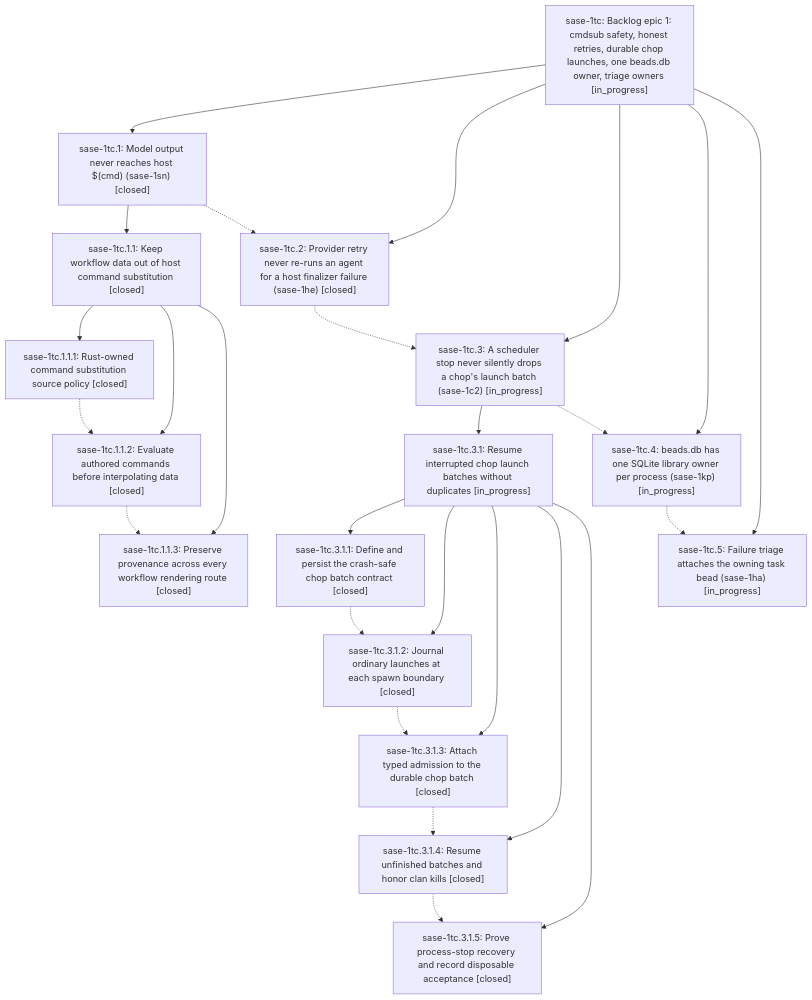
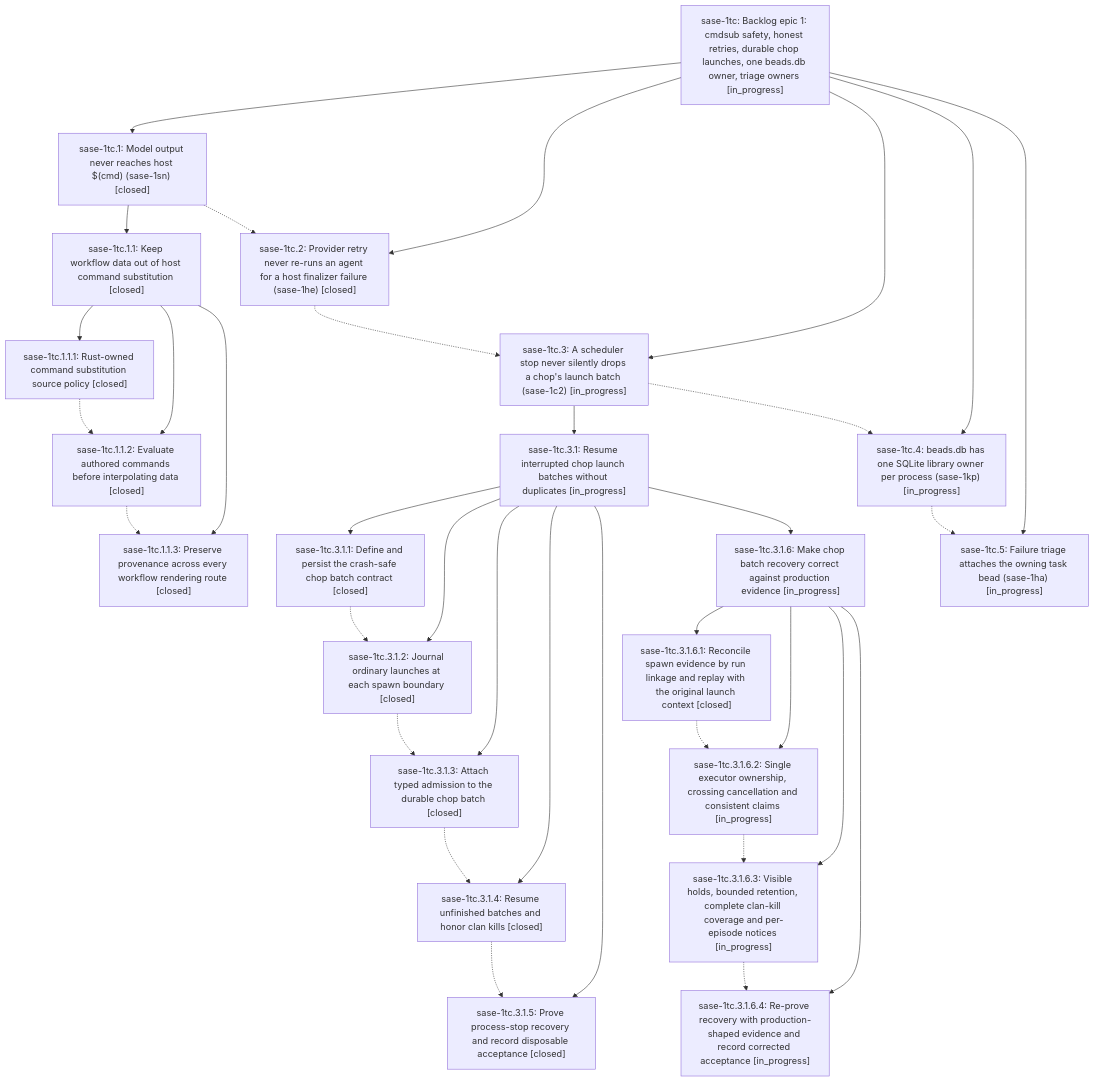
One commit to sase-org/sase--beads changed the diagram in pages/sase-1tc/README.md. Above: the diagram before and after it, drawn with Mermaid. The commit also changed other lines of this file and 8 other files, not shown here.

First line of the commit message:
chore(beads): sync bead state and pages for sase-1tc

````diff
--- a/pages/sase-1tc/README.md
+++ b/pages/sase-1tc/README.md
@@ -44,44 +44,57 @@
 ```mermaid
 flowchart TD
     n0["sase-1tc: Backlog epic 1: cmdsub safety, honest retries, durable chop launches, one beads.db owner, triage owners [in_progress]"]
     n1["sase-1tc.1: Model output never reaches host $(cmd) (sase-1sn) [closed]"]
     n2["sase-1tc.1.1: Keep workflow data out of host command substitution [closed]"]
     n3["sase-1tc.1.1.1: Rust-owned command substitution source policy [closed]"]
     n4["sase-1tc.1.1.2: Evaluate authored commands before interpolating data [closed]"]
     n5["sase-1tc.1.1.3: Preserve provenance across every workflow rendering route [closed]"]
     n6["sase-1tc.2: Provider retry never re-runs an agent for a host finalizer failure (sase-1he) [closed]"]
     n7["sase-1tc.3: A scheduler stop never silently drops a chop's launch batch (sase-1c2) [in_progress]"]
     n8["sase-1tc.3.1: Resume interrupted chop launch batches without duplicates [in_progress]"]
     n9["sase-1tc.3.1.1: Define and persist the crash-safe chop batch contract [closed]"]
     n10["sase-1tc.3.1.2: Journal ordinary launches at each spawn boundary [closed]"]
     n11["sase-1tc.3.1.3: Attach typed admission to the durable chop batch [closed]"]
     n12["sase-1tc.3.1.4: Resume unfinished batches and honor clan kills [closed]"]
     n13["sase-1tc.3.1.5: Prove process-stop recovery and record disposable acceptance [closed]"]
-    n14["sase-1tc.4: beads.db has one SQLite library owner per process (sase-1kp) [in_progress]"]
-    n15["sase-1tc.5: Failure triage attaches the owning task bead (sase-1ha) [in_progress]"]
+    n14["sase-1tc.3.1.6: Make chop batch recovery correct against production evidence [in_progress]"]
+    n15["sase-1tc.3.1.6.1: Reconcile spawn evidence by run linkage and replay with the original launch context [closed]"]
+    n16["sase-1tc.3.1.6.2: Single executor ownership, crossing cancellation and consistent claims [in_progress]"]
+    n17["sase-1tc.3.1.6.3: Visible holds, bounded retention, complete clan-kill coverage and per-episode notices [in_progress]"]
+    n18["sase-1tc.3.1.6.4: Re-prove recovery with production-shaped evidence and record corrected acceptance [in_progress]"]
+    n19["sase-1tc.4: beads.db has one SQLite library owner per process (sase-1kp) [in_progress]"]
+    n20["sase-1tc.5: Failure triage attaches the owning task bead (sase-1ha) [in_progress]"]
     n0 --> n1
     n1 --> n2
     n2 --> n3
     n2 --> n4
     n2 --> n5
     n0 --> n6
     n0 --> n7
     n7 --> n8
     n8 --> n9
     n8 --> n10
     n8 --> n11
     n8 --> n12
     n8 --> n13
-    n0 --> n14
-    n0 --> n15
+    n8 --> n14
+    n14 --> n15
+    n14 --> n16
+    n14 --> n17
+    n14 --> n18
+    n0 --> n19
+    n0 --> n20
     n1 -.-> n6
     n3 -.-> n4
     n4 -.-> n5
     n6 -.-> n7
-    n7 -.-> n14
+    n7 -.-> n19
     n9 -.-> n10
     n10 -.-> n11
     n11 -.-> n12
     n12 -.-> n13
-    n14 -.-> n15
+    n15 -.-> n16
+    n16 -.-> n17
+    n17 -.-> n18
+    n19 -.-> n20
 ```
````
